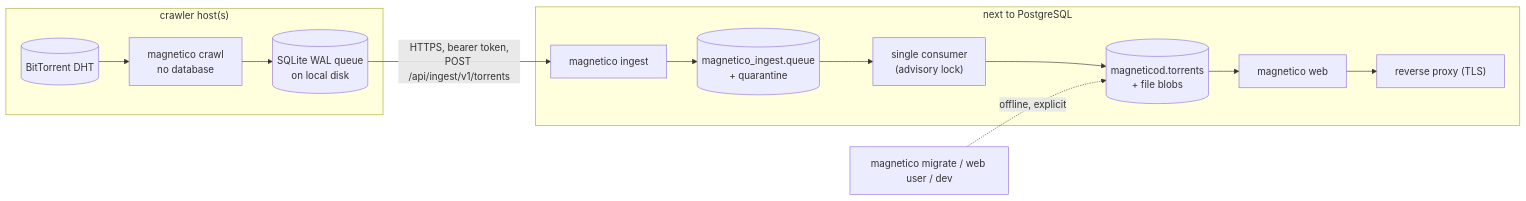
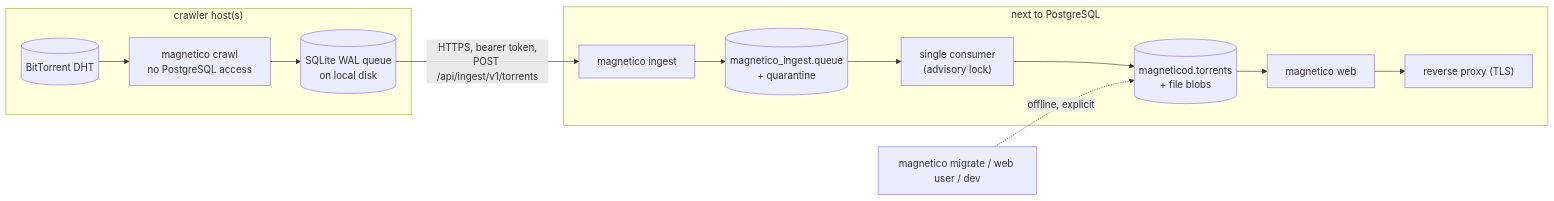
The third of 7 diagrams in docs/projects_differences.md (skobkin/magnetico-web), drawn with Mermaid before and after one commit. The commit also changed other lines of this file and 11 other files, not shown here.

````diff
--- a/docs/projects_differences.md
+++ b/docs/projects_differences.md
@@ -96,16 +96,16 @@
 ```mermaid
 flowchart LR
   subgraph DHT["crawler host(s)"]
-    D2[(BitTorrent DHT)] --> C2["magnetico crawl<br/>no database"]
+    D2[(BitTorrent DHT)] --> C2["magnetico crawl<br/>no PostgreSQL access"]
     C2 --> Q2[("SQLite WAL queue<br/>on local disk")]
   end
   Q2 -->|"HTTPS, bearer token,<br/>POST /api/ingest/v1/torrents"| I2["magnetico ingest"]
   subgraph PGHOST["next to PostgreSQL"]
     I2 --> PQ[("magnetico_ingest.queue<br/>+ quarantine")]
     PQ --> CONS["single consumer<br/>(advisory lock)"]
     CONS --> T[("magneticod.torrents<br/>+ file blobs")]
     T --> WEB["magnetico web"]
     WEB --> PX["reverse proxy (TLS)"]
   end
   CLI["magnetico migrate / web user / dev"] -. "offline, explicit" .-> T
 ```
````
